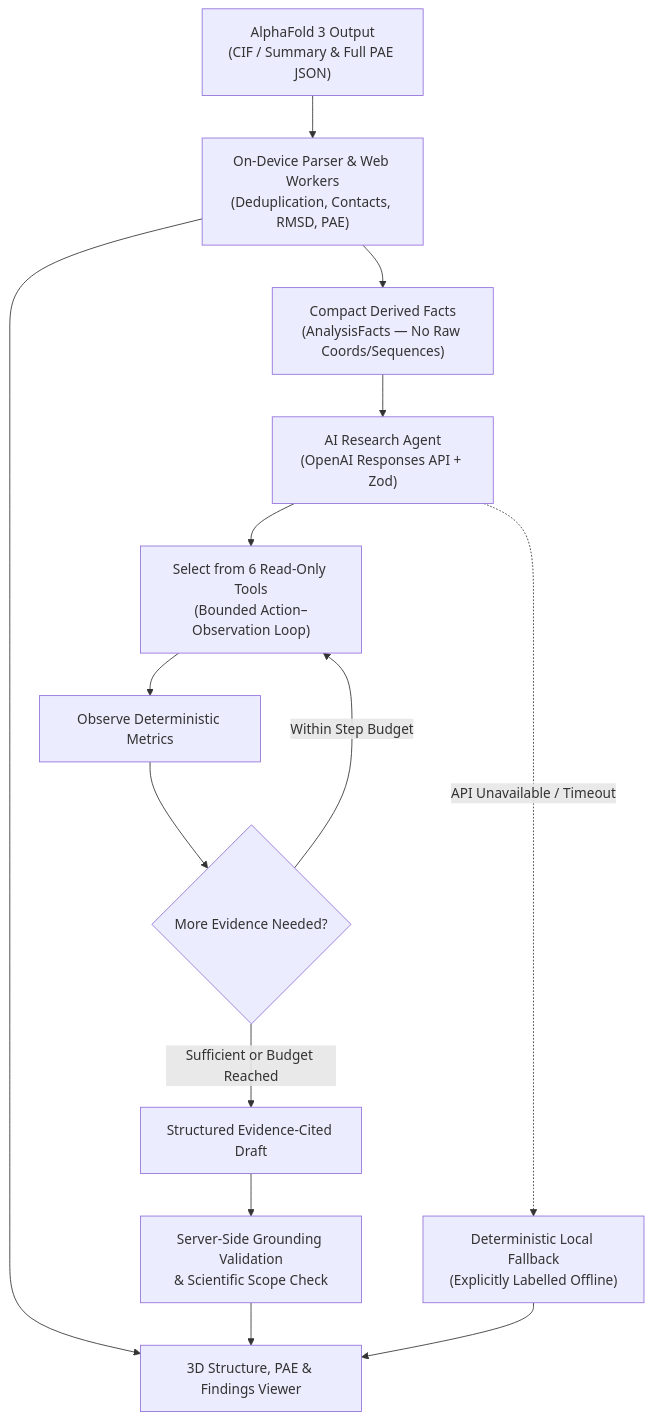
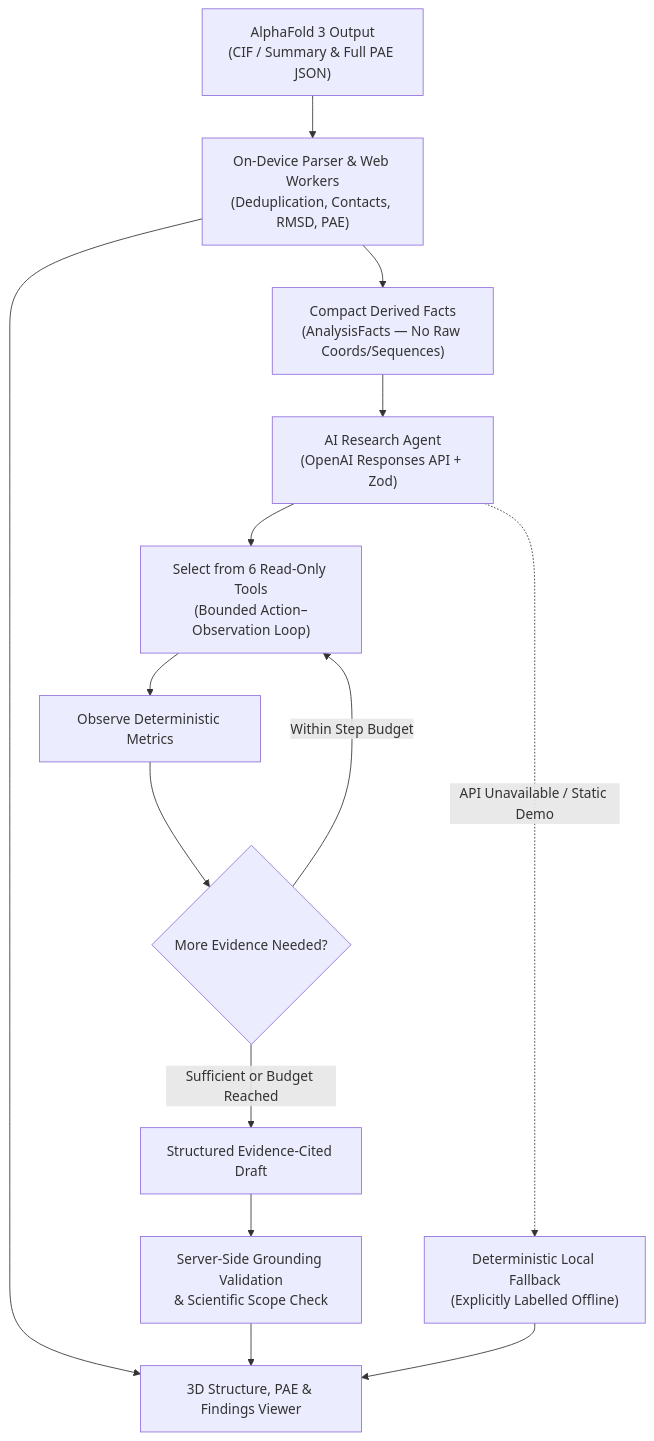
One commit to Shunsuke-max/foldlens-portfolio changed the diagram in README.en.md. Above: the diagram before and after it, drawn with Mermaid. The commit also changed other lines of this file and 5 other files, not shown here.

````diff
--- a/README.en.md
+++ b/README.en.md
@@ -86,16 +114,16 @@
 ```mermaid
 flowchart TD
     A["AlphaFold 3 Output<br/>(CIF / Summary & Full PAE JSON)"] --> B["On-Device Parser & Web Workers<br/>(Deduplication, Contacts, RMSD, PAE)"]
     B --> C["Compact Derived Facts<br/>(AnalysisFacts — No Raw Coords/Sequences)"]
     B --> D["3D Structure, PAE & Findings Viewer"]
     C --> E["AI Research Agent<br/>(OpenAI Responses API + Zod)"]
     E --> F["Select from 6 Read-Only Tools<br/>(Bounded Action–Observation Loop)"]
     F --> G["Observe Deterministic Metrics"]
     G --> H{"More Evidence Needed?"}
     H -->|Within Step Budget| F
     H -->|Sufficient or Budget Reached| I["Structured Evidence-Cited Draft"]
     I --> J["Server-Side Grounding Validation<br/>& Scientific Scope Check"]
     J --> D
-    E -. "API Unavailable / Timeout" .-> K["Deterministic Local Fallback<br/>(Explicitly Labelled Offline)"]
+    E -. "API Unavailable / Static Demo" .-> K["Deterministic Local Fallback<br/>(Explicitly Labelled Offline)"]
     K --> D
 ```
````
